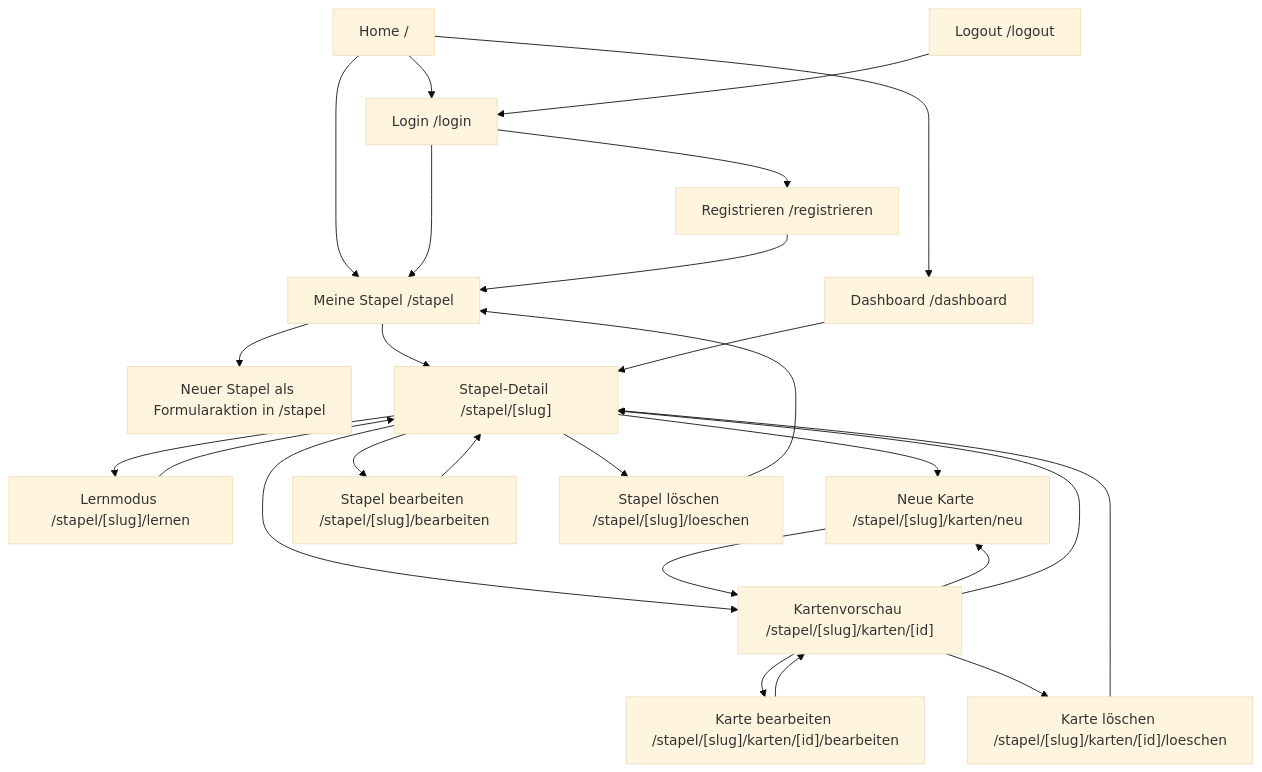
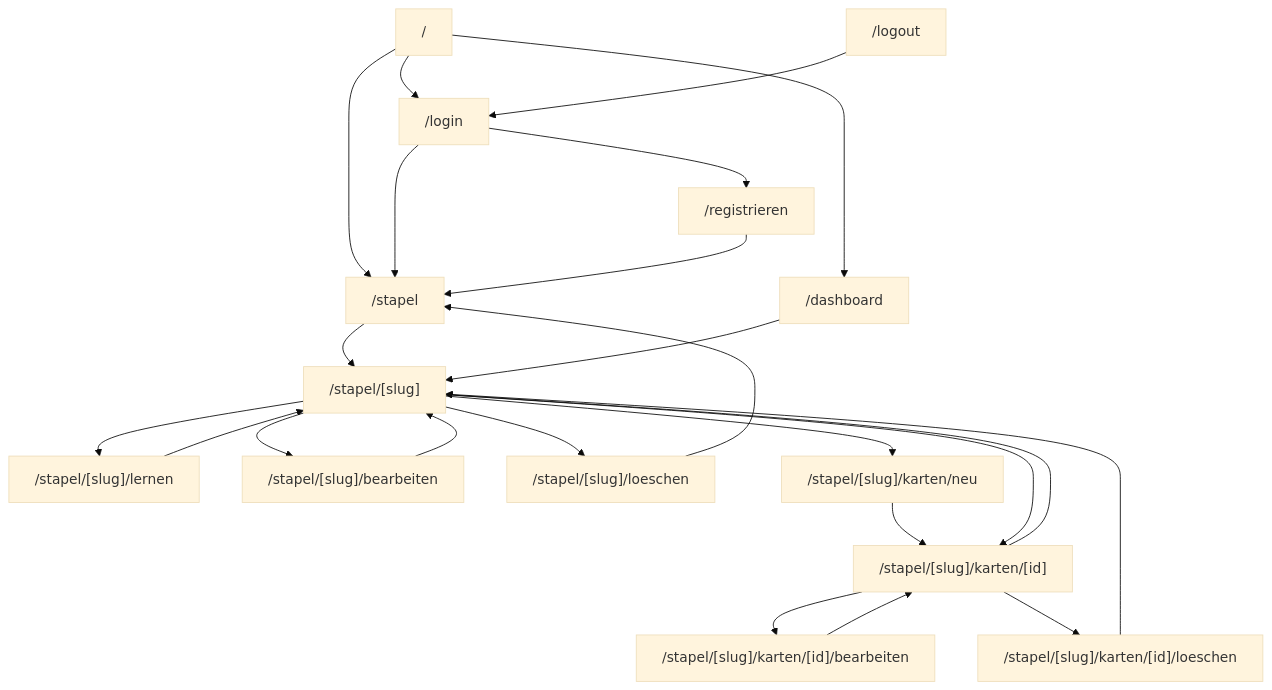
The diagram in README.md (russoren1/PT-Karteikarten), drawn with Mermaid (base theme) before and after one commit. The commit also changed other lines of this file and 13 other files, not shown here.

````diff
--- a/README.md
+++ b/README.md
@@ -300,34 +316,44 @@
 ```mermaid
 flowchart TD
-    Home["Home /"] --> Login["Login /login"]
-    Home --> Stapel["Meine Stapel /stapel"]
-    Home --> Dashboard["Dashboard /dashboard"]
-
-    Login --> Registrieren["Registrieren /registrieren"]
+    Home --> Login
+    Home --> Stapel
+    Home --> Dashboard
+    Login --> Registrieren
     Login --> Stapel
     Registrieren --> Stapel
-    Logout["Logout /logout"] --> Login
+    Logout --> Login
 
-    Stapel --> NeuerStapel["Neuer Stapel als Formularaktion in /stapel"]
-    Stapel --> StapelDetail["Stapel-Detail /stapel/[slug]"]
-
+    Stapel --> StapelDetail
     Dashboard --> StapelDetail
 
-    StapelDetail --> Lernen["Lernmodus /stapel/[slug]/lernen"]
-    StapelDetail --> NeueKarte["Neue Karte /stapel/[slug]/karten/neu"]
-    StapelDetail --> Karte["Kartenvorschau /stapel/[slug]/karten/[id]"]
-    StapelDetail --> StapelBearbeiten["Stapel bearbeiten /stapel/[slug]/bearbeiten"]
-    StapelDetail --> StapelLoeschen["Stapel löschen /stapel/[slug]/loeschen"]
+    StapelDetail --> Lernen
+    Lernen --> StapelDetail
+    StapelDetail --> StapelBearbeiten
+    StapelBearbeiten --> StapelDetail
+    StapelDetail --> StapelLoeschen
+    StapelLoeschen --> Stapel
 
-    NeueKarte --> Karte
-    Karte --> KarteBearbeiten["Karte bearbeiten /stapel/[slug]/karten/[id]/bearbeiten"]
-    Karte --> KarteLoeschen["Karte löschen /stapel/[slug]/karten/[id]/loeschen"]
-    Karte --> NeueKarte
-    Karte --> StapelDetail
+    StapelDetail --> NeueKarte
+    NeueKarte --> Kartenvorschau
+    StapelDetail --> Kartenvorschau
+    Kartenvorschau --> KarteBearbeiten
+    KarteBearbeiten --> Kartenvorschau
+    Kartenvorschau --> KarteLoeschen
+    KarteLoeschen --> StapelDetail
+    Kartenvorschau --> StapelDetail
 
-    KarteBearbeiten --> Karte
-    KarteLoeschen --> StapelDetail
-    Lernen --> StapelDetail
-    StapelBearbeiten --> StapelDetail
-    StapelLoeschen --> Stapel
+    Home["/"]
+    Login["/login"]
+    Registrieren["/registrieren"]
+    Logout["/logout"]
+    Stapel["/stapel"]
+    Dashboard["/dashboard"]
+    StapelDetail["/stapel/[slug]"]
+    Lernen["/stapel/[slug]/lernen"]
+    StapelBearbeiten["/stapel/[slug]/bearbeiten"]
+    StapelLoeschen["/stapel/[slug]/loeschen"]
+    NeueKarte["/stapel/[slug]/karten/neu"]
+    Kartenvorschau["/stapel/[slug]/karten/[id]"]
+    KarteBearbeiten["/stapel/[slug]/karten/[id]/bearbeiten"]
+    KarteLoeschen["/stapel/[slug]/karten/[id]/loeschen"]
 ```
````
